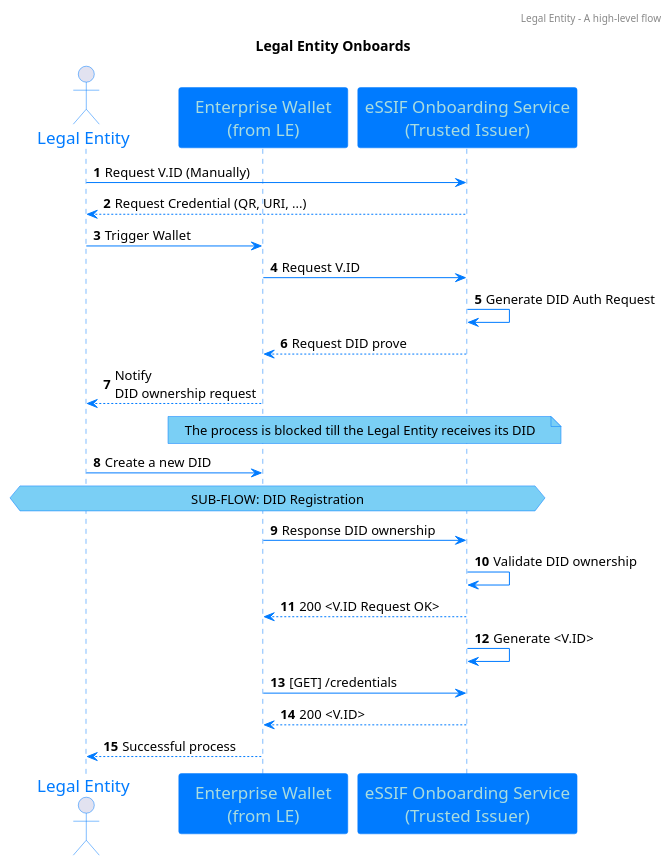
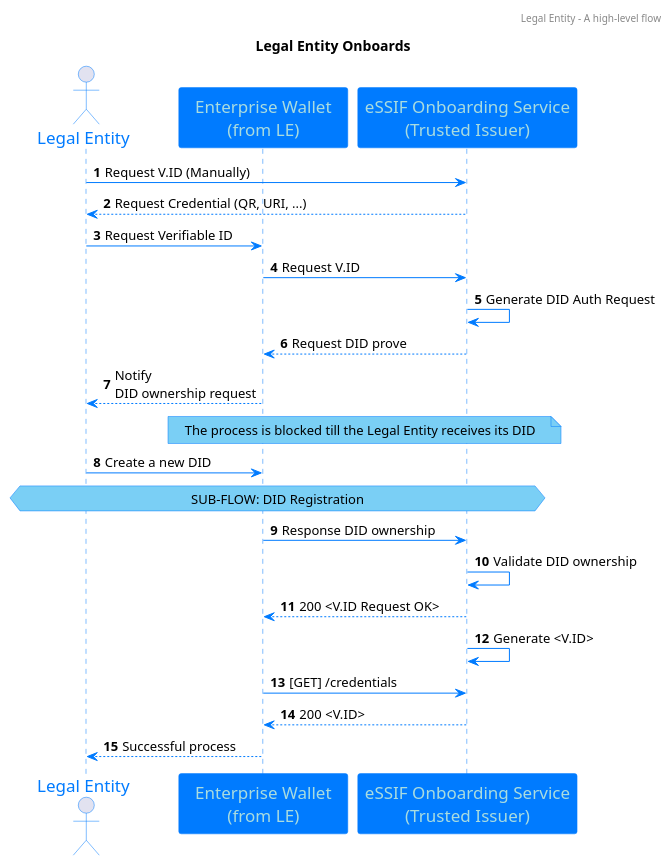
One commit to walt-id/waltid-ssikit changed the diagram in src/main/kotlin/org/letstrust/examples/03_main-essif-onboarding.puml. Above: the diagram before and after it, drawn with PlantUML. The commit also changed 4 other files, not shown here.

```diff
--- a/src/main/kotlin/org/letstrust/examples/03_main-essif-onboarding.puml
+++ b/src/main/kotlin/org/letstrust/examples/03_main-essif-onboarding.puml
@@ -1,78 +1,78 @@
 @startuml
 'https://plantuml.com/sequence-diagram
 
 skinparam classFontColor 007BFF
 skinparam classFontSize 12
 skinparam classFontName Aapex
 skinparam backgroundColor white
 skinparam minClassWidth 155
 skinparam nodesep 34
 skinparam ranksep 70
 
 skinparam sequence {
 ArrowColor 007BFF
 ActorBorderColor 007BFF
 LifeLineBorderColor 007BFF
 LifeLineBackgroundColor 007BFF
 
 ParticipantBorderColor 007BFF
 ParticipantBackgroundColor 007BFF
 ParticipantFontName Impact
 ParticipantFontSize 17
 ParticipantFontColor #A9DCDF
 
 'ActorBackgroundColor aqua
 ActorFontColor 007BFF
 ActorFontSize 17
 ActorFontName Aapex
 }
 
 skinparam class {
 BorderColor 007BFF
 ArrowColor 007BFF
 BackgroundColor white
 }
 
 skinparam interface {
 BorderColor 007BFF
 ArrowColor 007BFF
 }
 
 skinparam note {
 BorderColor 007BFF
 BackgroundColor 7ACFF5
 }
 
 
 autonumber
 
 header Legal Entity - A high-level flow
 title
 Legal Entity Onboards
 end title
 autonumber
 actor "Legal Entity" as LE
 participant "Enterprise Wallet\n(from LE)" as EW
 participant "eSSIF Onboarding Service\n(Trusted Issuer)" as TI
 
 LE -> TI: Request V.ID (Manually)
 TI --> LE: Request Credential (QR, URI, ...)
-LE -> EW: Trigger Wallet
+LE -> EW: Request Verifiable ID
 EW -> TI: Request V.ID
 TI -> TI: Generate DID Auth Request
 TI --> EW: Request DID prove
 EW --> LE: Notify\nDID ownership request
 note over TI, EW: The process is blocked till the Legal Entity receives its DID
 LE -> EW: Create a new DID
 
 hnote across:SUB-FLOW: DID Registration
 
 EW -> TI: Response DID ownership
 TI -> TI: Validate DID ownership
 TI --> EW: 200 <V.ID Request OK>
 TI -> TI: Generate <V.ID>
 EW -> TI: [GET] /credentials
 TI --> EW: 200 <V.ID>
 
 EW --> LE: Successful process
 @enduml
```
